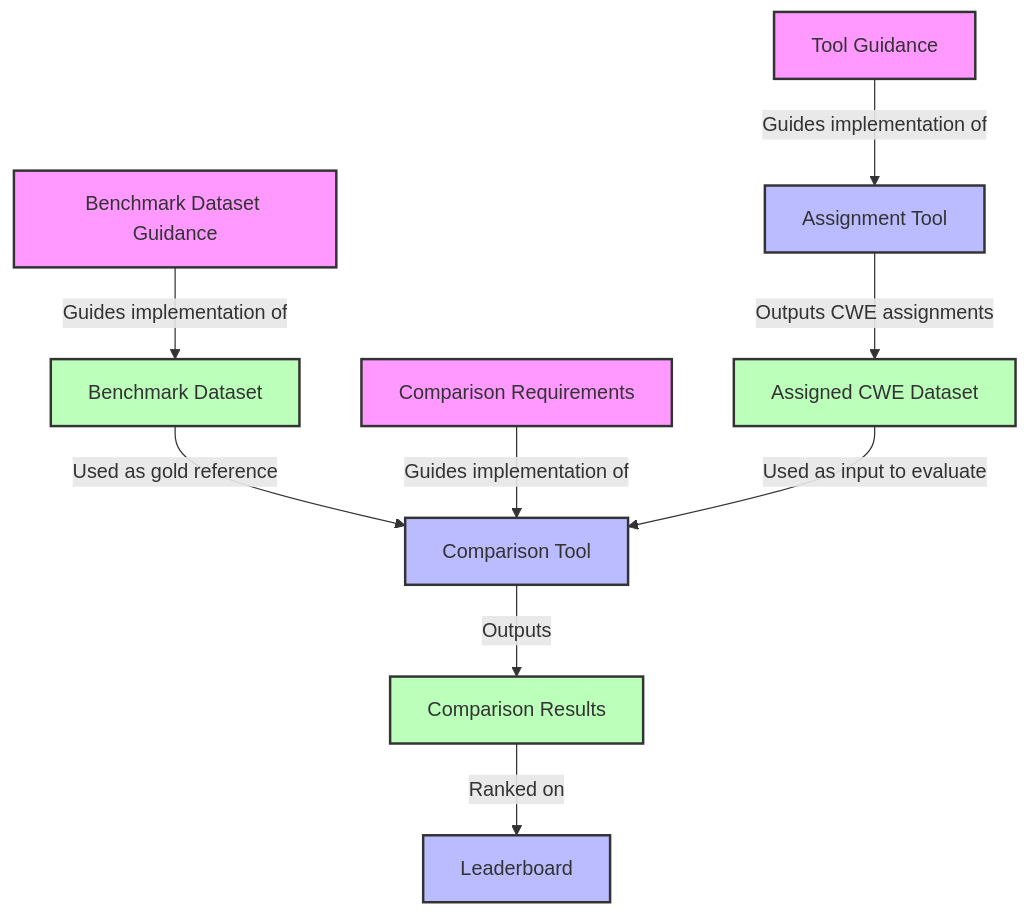
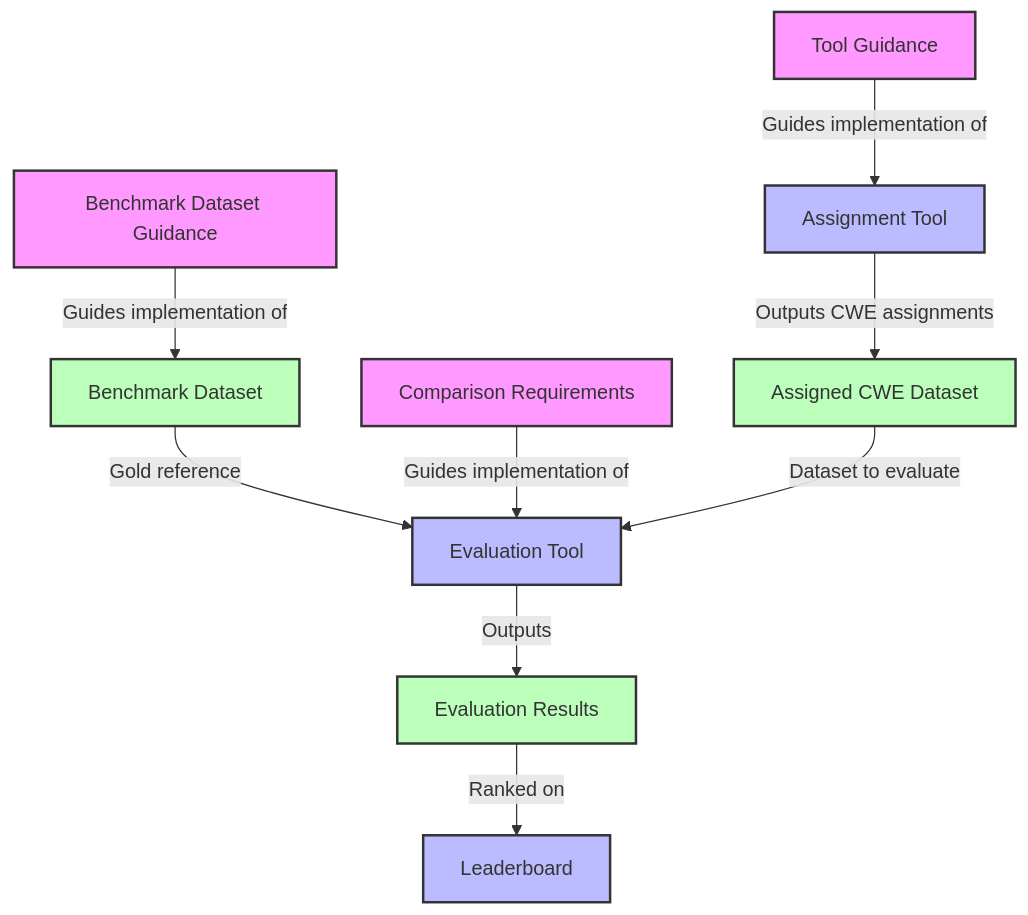
Before and after one commit to CyberSecAI/cve_cwe_rcm: the diagram in README.md, drawn with Mermaid.

Commit message:
diagram tweaks

`````diff
--- a/README.md
+++ b/README.md
@@ -50,28 +50,28 @@
 ```mermaid
 
 flowchart TD
-    A[Benchmark Dataset] -->|Used as gold reference| C[Comparison Tool]
+    A[Benchmark Dataset] -->|Gold reference| C[Comparison Tool]
     B[Assignment Tool] -->|Outputs CWE assignments| H
     D[Tool Guidance] -->|Guides implementation of| B
     E[Comparison Requirements] -->|Guides implementation of| C
     C 
     G[Benchmark Dataset Guidance] -->|Guides implementation of| A[Benchmark Dataset]
-    H[Assigned CWE Dataset] -->|Used as input to evaluate| C[Comparison Tool]
+    H[Assigned CWE Dataset] -->|Dataset to evaluate| C[Evaluation Tool]
 
-    C[Comparison Tool] --> |Outputs| I[Comparison Results]
-    I[Comparison Results]-->|Ranked on| F[Leaderboard]
+    C[Evaluation Tool] --> |Outputs| I[Evaluation Results]
+    I[Evaluation Results]-->|Ranked on| F[Leaderboard]
 
 
     classDef document fill:#f9f,stroke:#333,stroke-width:2px;
     classDef tool fill:#bbf,stroke:#333,stroke-width:2px;
     classDef data fill:#bfb,stroke:#333,stroke-width:2px;
     
     class E,D,G document;
     class B,C,F tool;
     class A,H,I data;
 
     click G "https://github.com/CyberSecAI/cve_cwe_rcm/blob/main/dataset.md" "View Dataset Requirements"
     click E "https://github.com/CyberSecAI/cve_cwe_rcm/blob/main/comparison.md" "View Dataset Requirements"
     click D "https://github.com/CyberSecAI/cve_cwe_rcm/blob/main/tool_guidance.md" "View Dataset Requirements"
 
 ````
`````
